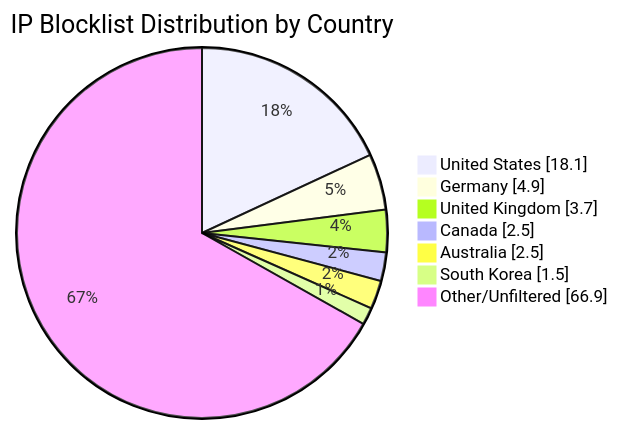
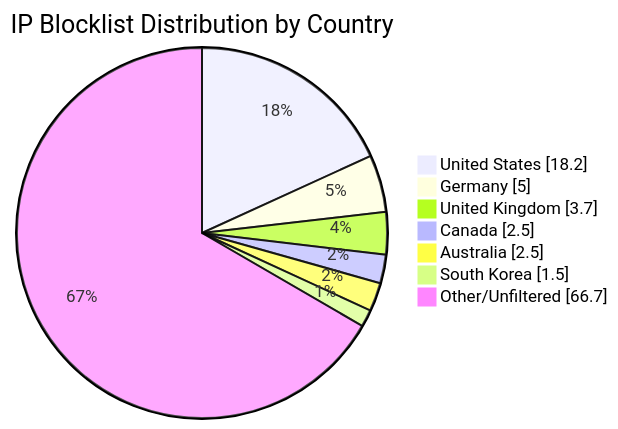
Before and after one commit to MarcusHoltz/ipblocklist-geofiltered-aggregator: the diagram in README.md, drawn with Mermaid. The commit also changed other lines of this file and 9 other files, not shown here.

````diff
--- a/README.md
+++ b/README.md
@@ -34,10 +34,10 @@
 ```mermaid
 pie showData title IP Blocklist Distribution by Country
-"United States" : 18.1
-"Germany" : 4.9
+"United States" : 18.2
+"Germany" : 5.0
 "United Kingdom" : 3.7
 "Canada" : 2.5
 "Australia" : 2.5
 "South Korea" : 1.5
-"Other/Unfiltered" : 66.9
+"Other/Unfiltered" : 66.7
 ```
````
